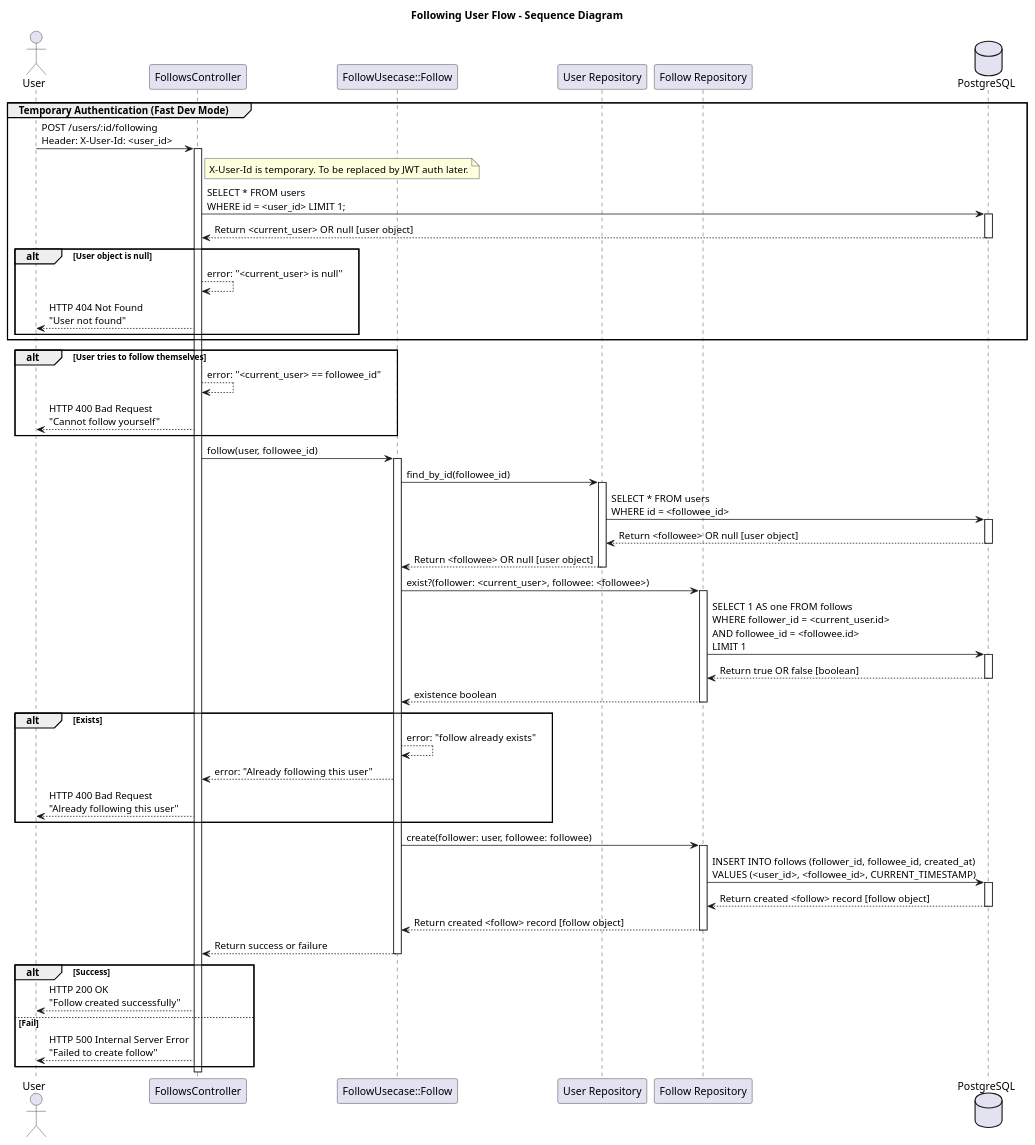
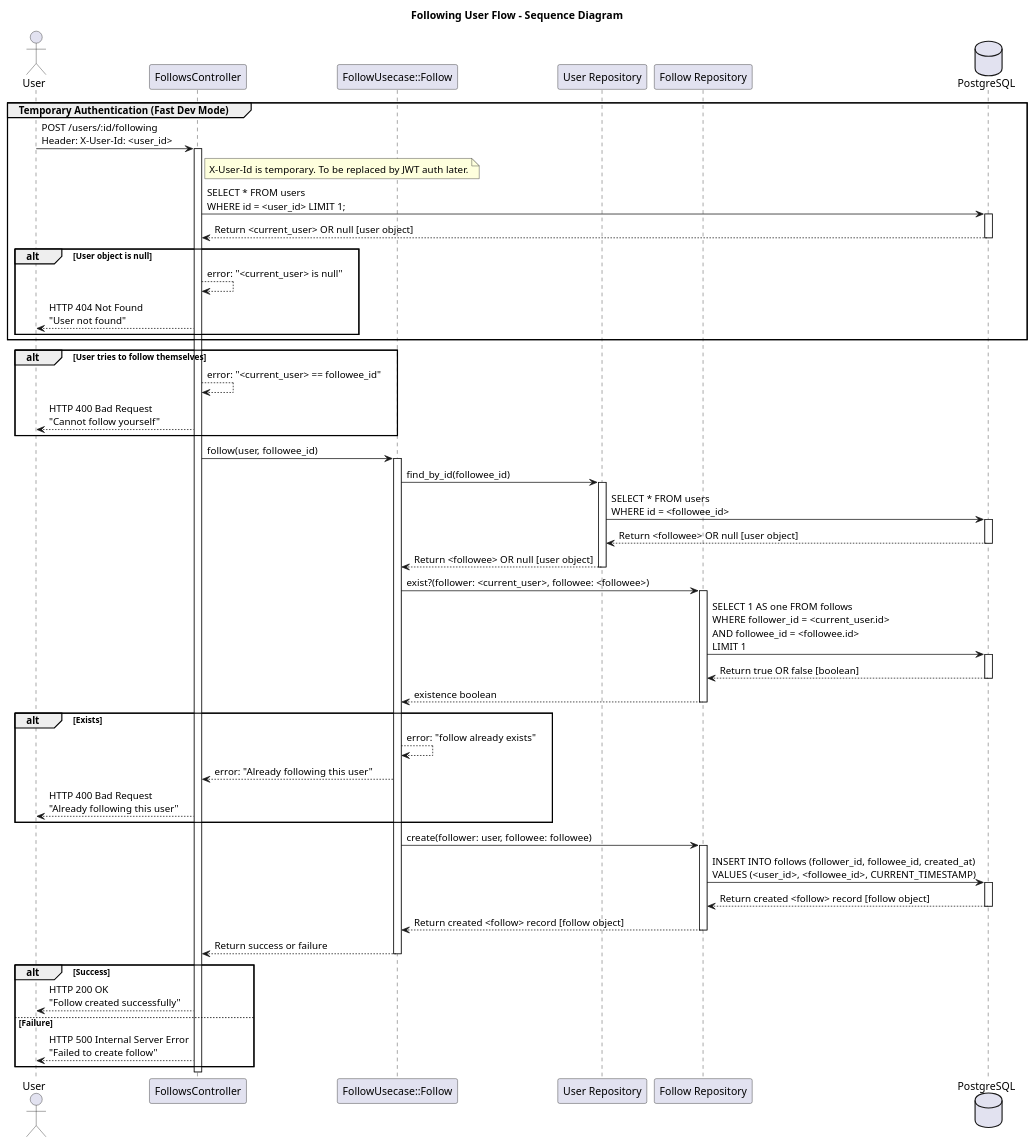
The diagram in docs/diagram/FollowingUserFlow.plantuml (wisnuaga/good-night), drawn with PlantUML before and after one commit. The commit also changed 2 other files, not shown here.

```diff
--- a/docs/diagram/FollowingUserFlow.plantuml
+++ b/docs/diagram/FollowingUserFlow.plantuml
@@ -1,82 +1,82 @@
 @startuml FollowingUserFlow
 title Following User Flow - Sequence Diagram
 
 ' Define actors and components
 actor User
 participant "FollowsController" as Controller
 participant "FollowUsecase::Follow" as Usecase
 participant "User Repository" as UserRepository
 participant "Follow Repository" as FollowRepository
 database "PostgreSQL" as DB
 
 ' Temporary auth via X-User-Id header (for fast development, to be replaced later)
 group Temporary Authentication (Fast Dev Mode)
     User -> Controller: POST /users/:id/following\nHeader: X-User-Id: <user_id>
     activate Controller
 
     note right of Controller
       X-User-Id is temporary. To be replaced by JWT auth later.
     end note
 
     Controller -> DB: SELECT * FROM users\nWHERE id = <user_id> LIMIT 1;
     activate DB
     DB --> Controller: Return <current_user> OR null [user object]
     deactivate DB
 
     alt User object is null
         Controller --> Controller: error: "<current_user> is null"
         Controller --> User: HTTP 404 Not Found\n"User not found"
     end
 end group
 
 alt User tries to follow themselves
     Controller --> Controller: error: "<current_user> == followee_id"
     Controller --> User: HTTP 400 Bad Request\n"Cannot follow yourself"
 end
 
 Controller -> Usecase: follow(user, followee_id)
 activate Usecase
 
 Usecase -> UserRepository: find_by_id(followee_id)
 activate UserRepository
 UserRepository -> DB: SELECT * FROM users\nWHERE id = <followee_id>
 activate DB
 DB --> UserRepository: Return <followee> OR null [user object]
 deactivate DB
 UserRepository --> Usecase: Return <followee> OR null [user object]
 deactivate UserRepository
 
 Usecase -> FollowRepository: exist?(follower: <current_user>, followee: <followee>)
 activate FollowRepository
 FollowRepository -> DB: SELECT 1 AS one FROM follows\nWHERE follower_id = <current_user.id>\nAND followee_id = <followee.id>\nLIMIT 1
 activate DB
 DB --> FollowRepository: Return true OR false [boolean]
 deactivate DB
 FollowRepository --> Usecase: existence boolean
 deactivate FollowRepository
 
 alt Exists
     Usecase --> Usecase: error: "follow already exists"
     Usecase --> Controller: error: "Already following this user"
     Controller --> User: HTTP 400 Bad Request\n"Already following this user"
 end
 
 Usecase -> FollowRepository: create(follower: user, followee: followee)
 activate FollowRepository
 FollowRepository -> DB: INSERT INTO follows (follower_id, followee_id, created_at)\nVALUES (<user_id>, <followee_id>, CURRENT_TIMESTAMP)
 activate DB
 DB --> FollowRepository: Return created <follow> record [follow object]
 deactivate DB
 FollowRepository --> Usecase: Return created <follow> record [follow object]
 deactivate FollowRepository
 Usecase --> Controller: Return success or failure
 deactivate Usecase
 
 alt Success    
     Controller --> User: HTTP 200 OK\n"Follow created successfully"
-else Fail
+else Failure
     Controller --> User: HTTP 500 Internal Server Error\n"Failed to create follow"
 end
 deactivate Controller
 
 @enduml
```
